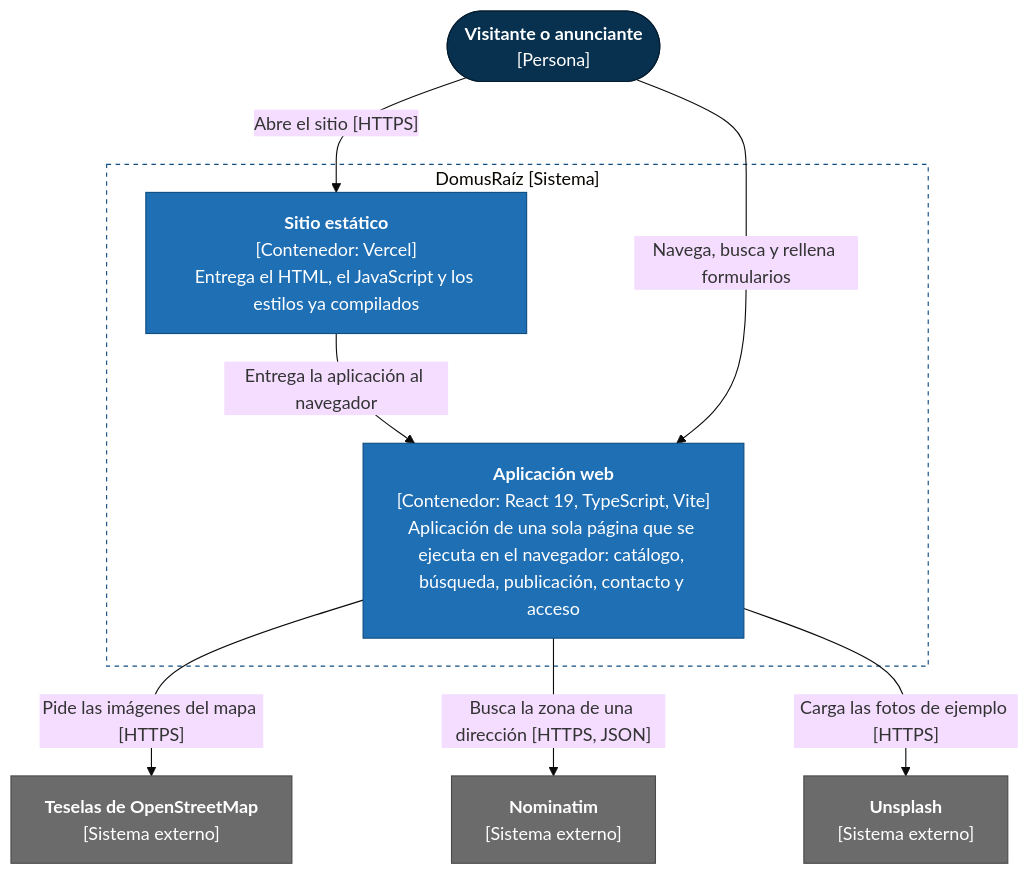
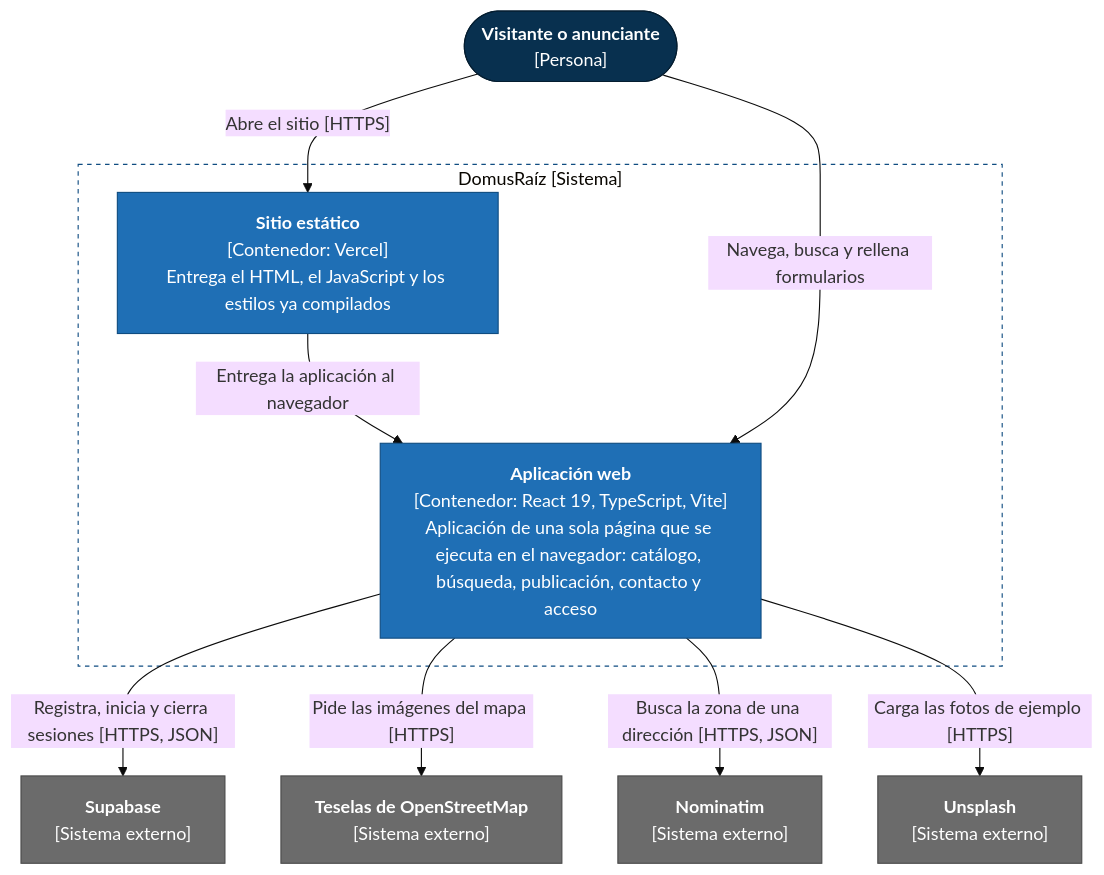
The third of 6 diagrams in docs/arquitectura.md (jespinal899/raizMotor), drawn with Mermaid (base theme) before and after one commit. The commit also changed other lines of this file and 1 other file, not shown here.

First line of the commit message:
docs: documenta las cuentas con Supabase

````diff
--- a/docs/arquitectura.md
+++ b/docs/arquitectura.md
@@ -86,32 +89,34 @@
 ```mermaid
 %%{init: {"flowchart": {"wrappingWidth": 280}}}%%
 flowchart TB
     accTitle: Contenedores de DomusRaíz
-    accDescr: La persona abre el sitio estático de Vercel, que entrega la aplicación web al navegador. La aplicación consulta OpenStreetMap, Nominatim y Unsplash.
+    accDescr: La persona abre el sitio estático de Vercel, que entrega la aplicación web al navegador. La aplicación lleva las cuentas en Supabase y consulta OpenStreetMap, Nominatim y Unsplash.
 
     usuario(["<b>Visitante o anunciante</b><br/>[Persona]"])
 
     subgraph domus ["DomusRaíz [Sistema]"]
         pages["<b>Sitio estático</b><br/>[Contenedor: Vercel]<br/>Entrega el HTML, el JavaScript y los estilos ya compilados"]
         spa["<b>Aplicación web</b><br/>[Contenedor: React 19, TypeScript, Vite]<br/>Aplicación de una sola página que se ejecuta en el navegador: catálogo, búsqueda, publicación, contacto y acceso"]
     end
 
+    supabase["<b>Supabase</b><br/>[Sistema externo]"]
     tiles["<b>Teselas de OpenStreetMap</b><br/>[Sistema externo]"]
     nominatim["<b>Nominatim</b><br/>[Sistema externo]"]
     unsplash["<b>Unsplash</b><br/>[Sistema externo]"]
 
     usuario -- "Abre el sitio [HTTPS]" --> pages
     pages -- "Entrega la aplicación al navegador" --> spa
     usuario -- "Navega, busca y rellena formularios" --> spa
+    spa -- "Registra, inicia y cierra sesiones [HTTPS, JSON]" --> supabase
     spa -- "Pide las imágenes del mapa [HTTPS]" --> tiles
     spa -- "Busca la zona de una dirección [HTTPS, JSON]" --> nominatim
     spa -- "Carga las fotos de ejemplo [HTTPS]" --> unsplash
 
     classDef persona fill:#08304f,stroke:#041d30,color:#fff
     classDef contenedor fill:#1f6fb5,stroke:#0f4c81,color:#fff
     classDef externo fill:#6b6b6b,stroke:#4a4a4a,color:#fff
     class usuario persona
     class pages,spa contenedor
-    class tiles,nominatim,unsplash externo
+    class supabase,tiles,nominatim,unsplash externo
     style domus fill:none,stroke:#0f4c81,stroke-dasharray:4 4
 ```
````
